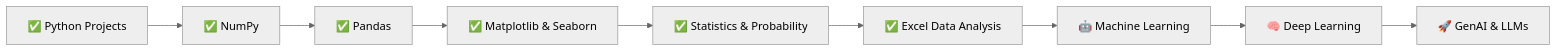
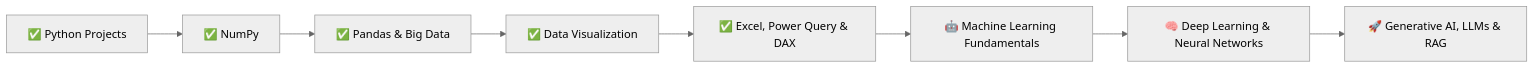
One commit to DhruvPanchal0312/Data-Science-and-Analysis-With-GenAI changed the diagram in README.md. Above: the diagram before and after it, drawn with Mermaid (neutral theme). The commit also changed other lines of this file, not shown here.

````diff
--- a/README.md
+++ b/README.md
@@ -762,11 +855,10 @@
 ```mermaid
 graph LR
     A[✅ Python Projects] --> B[✅ NumPy]
-    B --> C[✅ Pandas]
-    C --> D[✅ Matplotlib & Seaborn]
-    D --> E[✅ Statistics & Probability]
-    E --> F[✅ Excel Data Analysis]
-    F --> G[🤖 Machine Learning]
-    G --> H[🧠 Deep Learning]
-    H --> I[🚀 GenAI & LLMs]
+    B --> C[✅ Pandas & Big Data]
+    C --> D[✅ Data Visualization]
+    D --> E[✅ Excel, Power Query & DAX]
+    E --> F[🤖 Machine Learning Fundamentals]
+    F --> G[🧠 Deep Learning & Neural Networks]
+    G --> H[🚀 Generative AI, LLMs & RAG]
 ```
````
